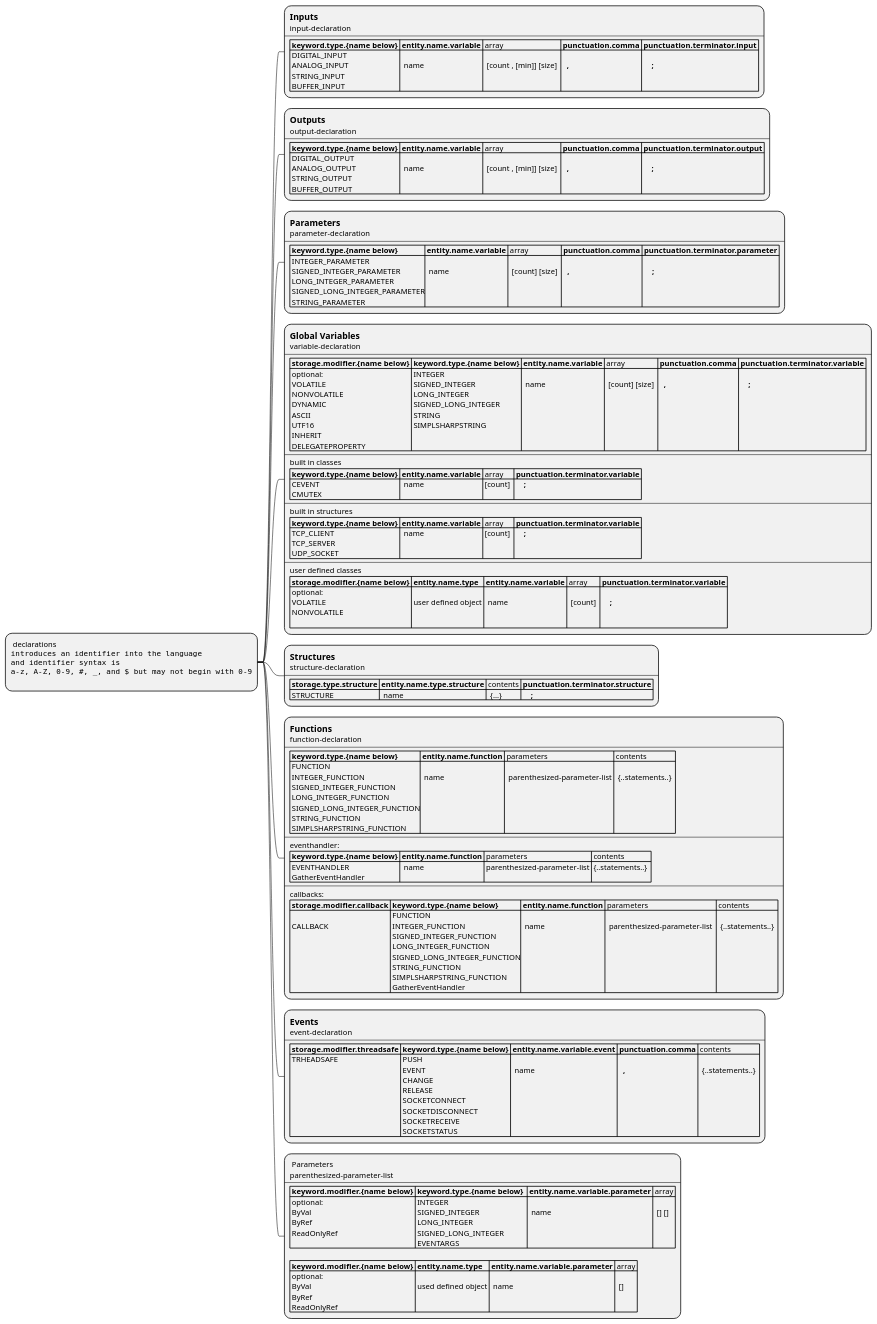
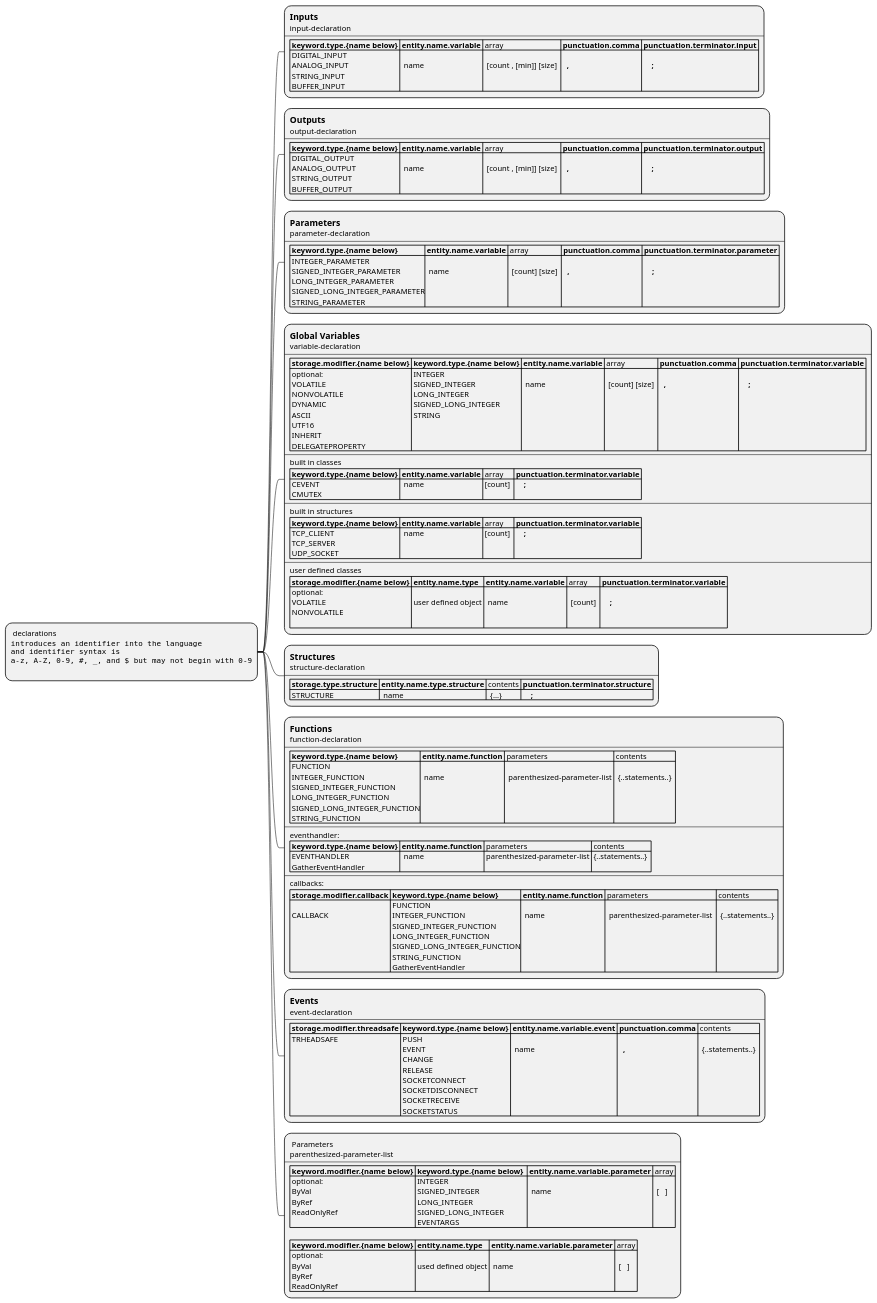
Before and after one commit to alvaroyurrita/vscode-crestron-splus: the diagram in UML/simpl-plus-syntax-mindmap/declarations.puml, drawn with PlantUML. The commit also changed 4 other files, not shown here.

```diff
--- a/UML/simpl-plus-syntax-mindmap/declarations.puml
+++ b/UML/simpl-plus-syntax-mindmap/declarations.puml
@@ -1,84 +1,84 @@
 @startmindmap
 *: declarations
 <code>
 introduces an identifier into the language
 and identifier syntax is
 a-z, A-Z, 0-9, #, _, and $ but may not begin with 0-9
 </code>
 ;
 
 **:== Inputs
 input-declaration
 ----
 |= keyword.type.{name below} |= entity.name.variable | array |= punctuation.comma |= punctuation.terminator.input |
 | DIGITAL_INPUT\n ANALOG_INPUT\n STRING_INPUT\n BUFFER_INPUT |  \n  name  | \n  [count , [min]] [size]  |= \n   , |=  \n     ; |;
 **:== Outputs
 output-declaration
 ----
 |= keyword.type.{name below} |= entity.name.variable | array |= punctuation.comma |= punctuation.terminator.output |
 | DIGITAL_OUTPUT\n ANALOG_OUTPUT\n STRING_OUTPUT\n BUFFER_OUTPUT |  \n  name | \n  [count , [min]] [size]  |= \n   , |=  \n     ; |;
 
 **:== Parameters
 parameter-declaration
 ----
 |= keyword.type.{name below} |= entity.name.variable | array |= punctuation.comma |= punctuation.terminator.parameter |
 | INTEGER_PARAMETER\n SIGNED_INTEGER_PARAMETER\n LONG_INTEGER_PARAMETER\n SIGNED_LONG_INTEGER_PARAMETER\n STRING_PARAMETER  |  \n  name | \n  [count] [size]  |= \n   ,|=  \n     ; |;
 
 **:== Global Variables
 variable-declaration
 ----
 |= storage.modifier.{name below} |= keyword.type.{name below} |= entity.name.variable | array |= punctuation.comma |= punctuation.terminator.variable |
-| optional:\n VOLATILE\n NONVOLATILE\n DYNAMIC \n ASCII\n UTF16\n INHERIT\n DELEGATEPROPERTY | INTEGER\n SIGNED_INTEGER\n LONG_INTEGER\n SIGNED_LONG_INTEGER\n STRING\n SIMPLSHARPSTRING|  \n  name | \n  [count] [size]  |= \n   ,|=  \n     ; |
+| optional:\n VOLATILE\n NONVOLATILE\n DYNAMIC \n ASCII\n UTF16\n INHERIT\n DELEGATEPROPERTY | INTEGER\n SIGNED_INTEGER\n LONG_INTEGER\n SIGNED_LONG_INTEGER\n STRING|  \n  name | \n  [count] [size]  |= \n   ,|=  \n     ; |
 ----
 built in classes
 |= keyword.type.{name below} |= entity.name.variable | array |= punctuation.terminator.variable |
 | CEVENT\n CMUTEX |  name  | [count]  |=     ; |
 ----
 built in structures
 |= keyword.type.{name below} |= entity.name.variable | array |= punctuation.terminator.variable |
 | TCP_CLIENT\n TCP_SERVER\n UDP_SOCKET |  name  | [count]  |=     ; |
 ----
 user defined classes
 |= storage.modifier.{name below} |= entity.name.type |= entity.name.variable | array |= punctuation.terminator.variable |
 | optional:\n VOLATILE\n NONVOLATILE\n | \n user defined object |  \n  name | \n  [count]  |=  \n     ; |;
 
 
 
 **:== Structures
 structure-declaration
 ----
 |= storage.type.structure |= entity.name.type.structure | contents |= punctuation.terminator.structure |
 | STRUCTURE |  name  |  {...} |=     ; |;
 
 **:== Functions
 function-declaration
 ----
 |= keyword.type.{name below} |= entity.name.function | parameters | contents |
-| FUNCTION\n INTEGER_FUNCTION\n SIGNED_INTEGER_FUNCTION\n LONG_INTEGER_FUNCTION\n SIGNED_LONG_INTEGER_FUNCTION\n STRING_FUNCTION \n SIMPLSHARPSTRING_FUNCTION  |  \n  name | \n  parenthesized-parameter-list | \n  {..statements..}  |
+| FUNCTION\n INTEGER_FUNCTION\n SIGNED_INTEGER_FUNCTION\n LONG_INTEGER_FUNCTION\n SIGNED_LONG_INTEGER_FUNCTION\n STRING_FUNCTION |  \n  name | \n  parenthesized-parameter-list | \n  {..statements..}  |
 ----
 eventhandler:
 |= keyword.type.{name below} |= entity.name.function | parameters | contents |
 | EVENTHANDLER\n GatherEventHandler   |  name | parenthesized-parameter-list | {..statements..}  |
 ----
 callbacks:
 |= storage.modifier.callback |= keyword.type.{name below} |= entity.name.function | parameters | contents |
-| \n CALLBACK  | FUNCTION\n INTEGER_FUNCTION\n SIGNED_INTEGER_FUNCTION\n LONG_INTEGER_FUNCTION\n SIGNED_LONG_INTEGER_FUNCTION\n STRING_FUNCTION \n SIMPLSHARPSTRING_FUNCTION \n GatherEventHandler | \n  name | \n  parenthesized-parameter-list  | \n  {..statements..}  |;
+| \n CALLBACK  | FUNCTION\n INTEGER_FUNCTION\n SIGNED_INTEGER_FUNCTION\n LONG_INTEGER_FUNCTION\n SIGNED_LONG_INTEGER_FUNCTION\n STRING_FUNCTION \n GatherEventHandler | \n  name | \n  parenthesized-parameter-list  | \n  {..statements..}  |;
 
 **:== Events
 event-declaration
 ----
 |= storage.modifier.threadsafe |= keyword.type.{name below} |= entity.name.variable.event |= punctuation.comma | contents |
 | TRHEADSAFE | PUSH\n EVENT\n CHANGE\n RELEASE\n SOCKETCONNECT\n SOCKETDISCONNECT \n SOCKETRECEIVE \n SOCKETSTATUS  |  \n  name |= \n   ,| \n  {..statements..}  |;
 
 
 
 **: Parameters
 parenthesized-parameter-list
 ----
 |= keyword.modifier.{name below} |= keyword.type.{name below}  |= entity.name.variable.parameter | array |
-| optional:\n ByVal\n ByRef\n ReadOnlyRef | INTEGER\n SIGNED_INTEGER\n LONG_INTEGER\n SIGNED_LONG_INTEGER\n EVENTARGS |  \n  name | \n  [] []  |
+| optional:\n ByVal\n ByRef\n ReadOnlyRef | INTEGER\n SIGNED_INTEGER\n LONG_INTEGER\n SIGNED_LONG_INTEGER\n EVENTARGS |  \n  name | \n  [   ]   |
 
 |= keyword.modifier.{name below} |= entity.name.type |= entity.name.variable.parameter | array |
-| optional:\n ByVal\n ByRef\n ReadOnlyRef | \n used defined object |  \n  name | \n  []  |;
+| optional:\n ByVal\n ByRef\n ReadOnlyRef | \n used defined object |  \n  name | \n  [   ]  |;
 
 @endmindmap
```
